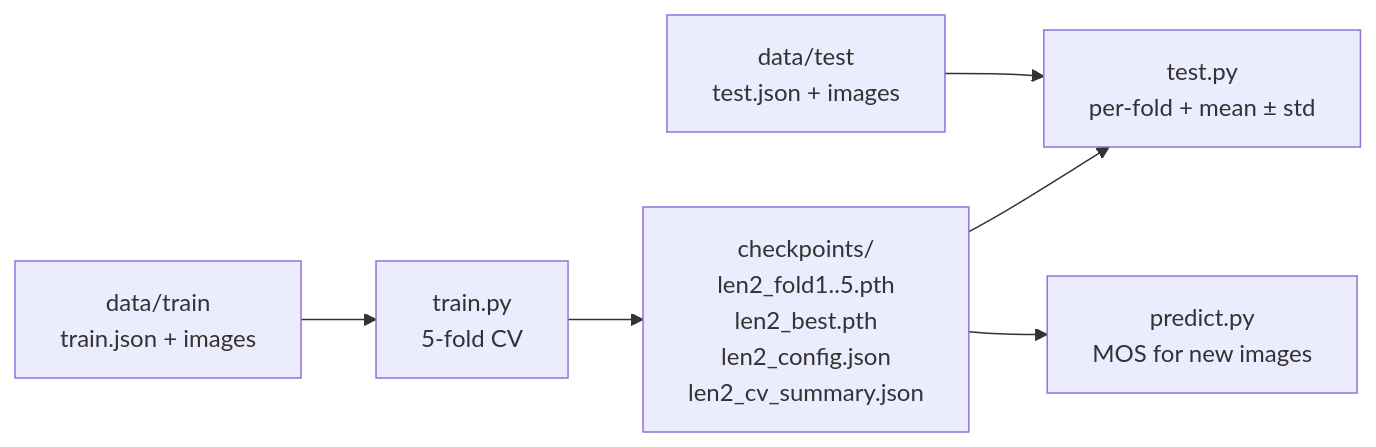
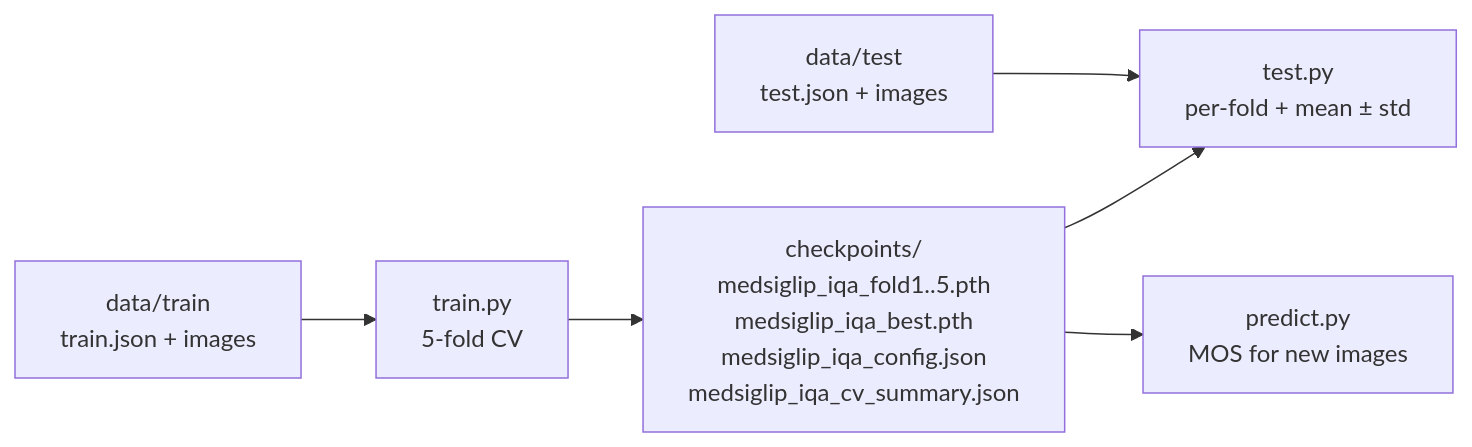
Before and after one commit to itu-biai/medsiglip-ldct-iqa: the diagram in README.md, drawn with Mermaid. The commit also changed other lines of this file and 3 other files, not shown here.

````diff
--- a/README.md
+++ b/README.md
@@ -108,8 +109,8 @@
 ```mermaid
 flowchart LR
     TR["data/train<br/>train.json + images"] --> T["train.py<br/>5-fold CV"]
-    T --> C["checkpoints/<br/>len2_fold1..5.pth<br/>len2_best.pth<br/>len2_config.json<br/>len2_cv_summary.json"]
+    T --> C["checkpoints/<br/>medsiglip_iqa_fold1..5.pth<br/>medsiglip_iqa_best.pth<br/>medsiglip_iqa_config.json<br/>medsiglip_iqa_cv_summary.json"]
     TE["data/test<br/>test.json + images"] --> E["test.py<br/>per-fold + mean ± std"]
     C --> E
     C --> P["predict.py<br/>MOS for new images"]
 ```
````
